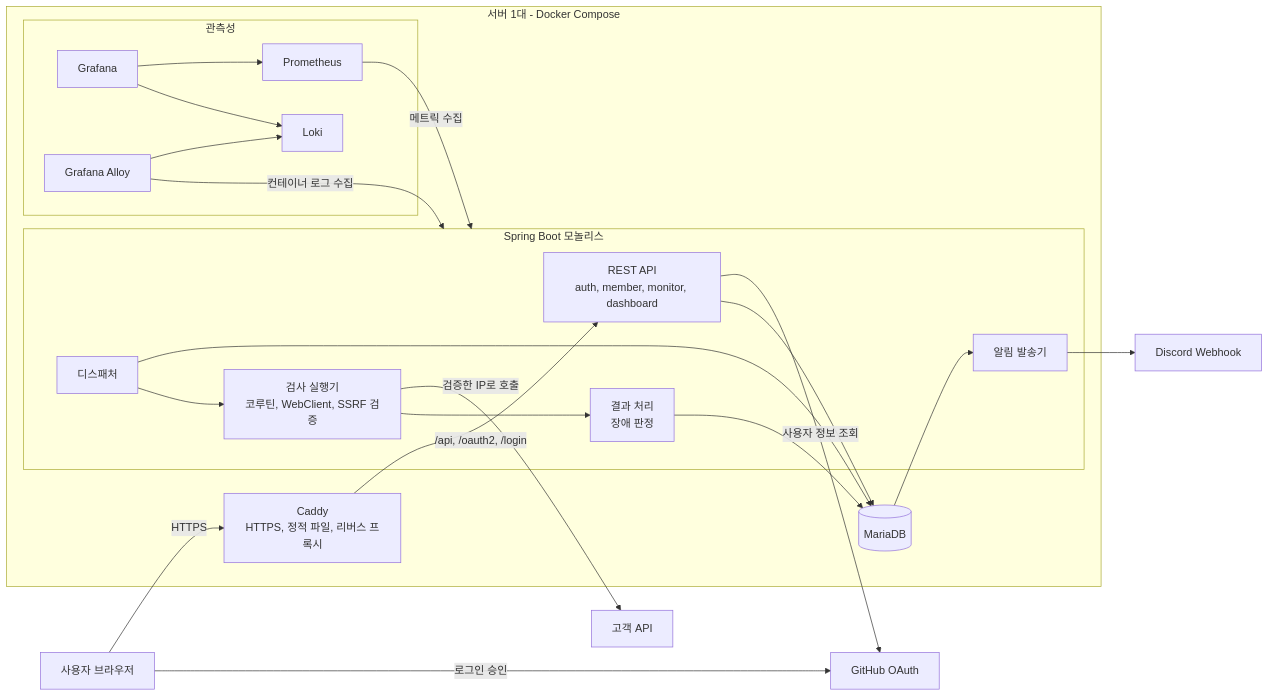
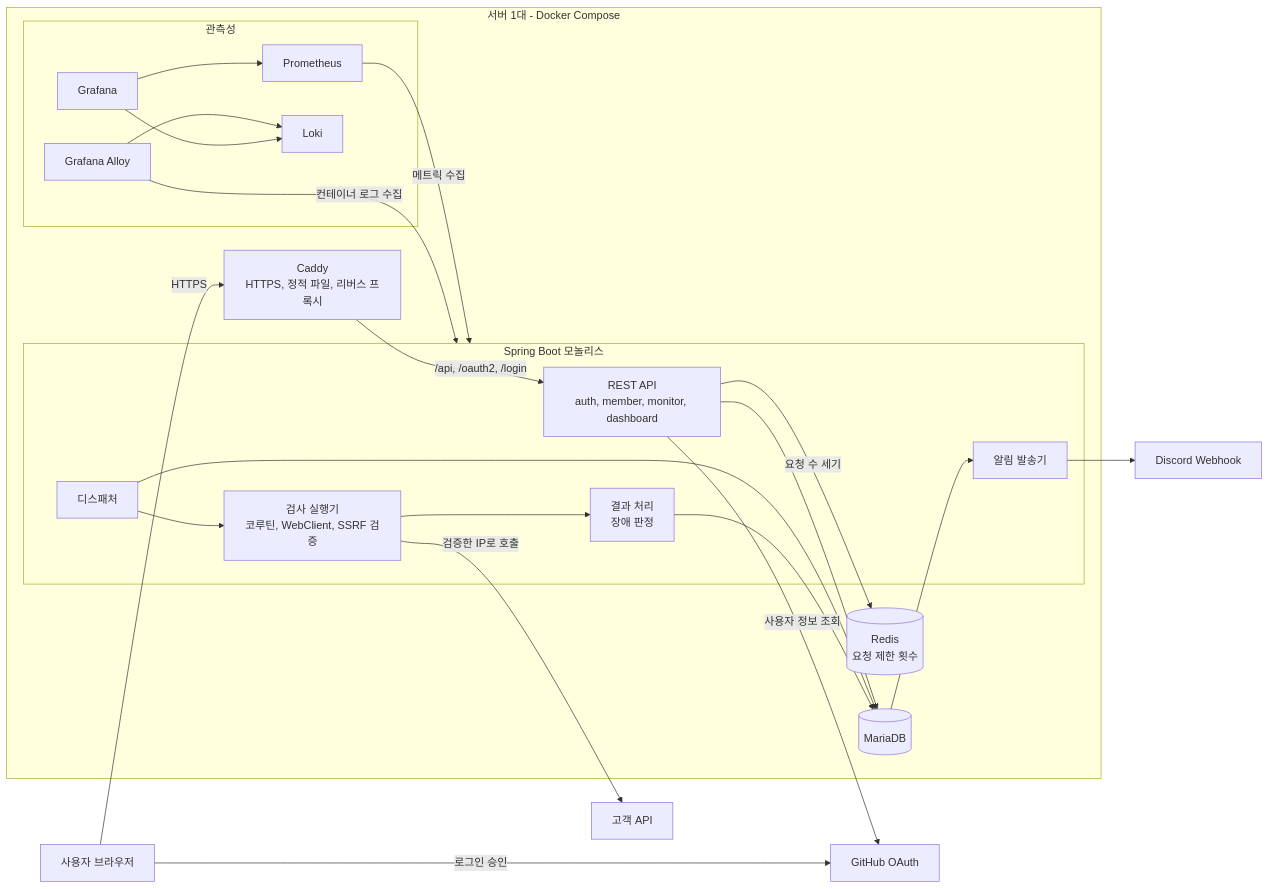
One commit to Chanjin629/api-monitor changed the first of 7 diagrams in docs/02-architecture.md. Above: the diagram before and after it, drawn with Mermaid. The commit also changed other lines of this file and 23 other files, not shown here.

````diff
--- a/docs/02-architecture.md
+++ b/docs/02-architecture.md
@@ -7,46 +7,48 @@
 ```mermaid
 flowchart LR
     User["사용자 브라우저"]
     GitHub["GitHub OAuth"]
     Customer["고객 API"]
     Discord["Discord Webhook"]
 
     subgraph Host["서버 1대 - Docker Compose"]
         Caddy["Caddy<br/>HTTPS, 정적 파일, 리버스 프록시"]
 
         subgraph App["Spring Boot 모놀리스"]
             Api["REST API<br/>auth, member, monitor, dashboard"]
             Dispatcher["디스패처"]
             Checker["검사 실행기<br/>코루틴, WebClient, SSRF 검증"]
             Processor["결과 처리<br/>장애 판정"]
             Sender["알림 발송기"]
         end
 
         DB[("MariaDB")]
+        Redis[("Redis<br/>요청 제한 횟수")]
 
         subgraph Obs["관측성"]
             Prometheus["Prometheus"]
             Grafana["Grafana"]
             Alloy["Grafana Alloy"]
             Loki["Loki"]
         end
     end
 
     User -->|HTTPS| Caddy
     User -->|로그인 승인| GitHub
     Caddy -->|"/api, /oauth2, /login"| Api
     Api -->|사용자 정보 조회| GitHub
     Api --> DB
+    Api -->|요청 수 세기| Redis
     Dispatcher --> DB
     Dispatcher --> Checker
     Checker -->|검증한 IP로 호출| Customer
     Checker --> Processor
     Processor --> DB
     DB --> Sender
     Sender --> Discord
     Prometheus -->|메트릭 수집| App
     Alloy -->|컨테이너 로그 수집| App
     Alloy --> Loki
     Grafana --> Prometheus
     Grafana --> Loki
 ```
````
